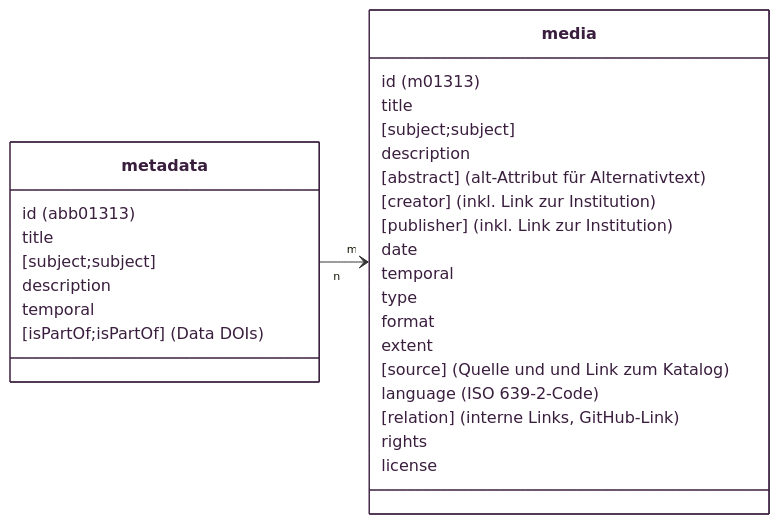
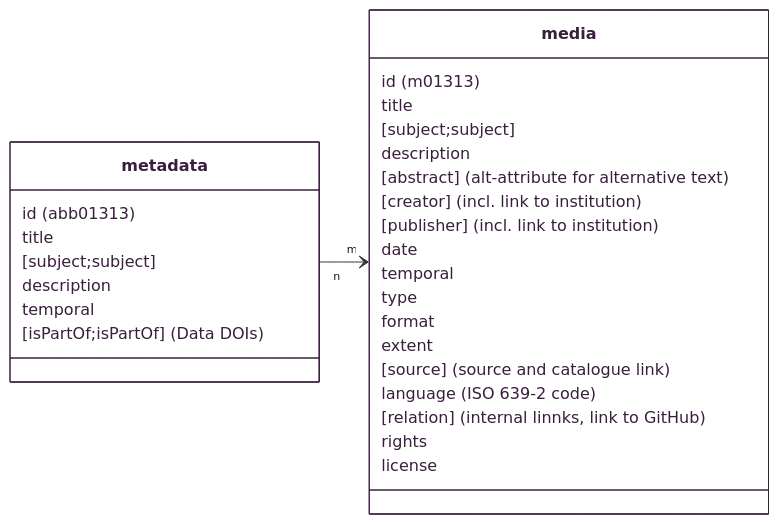
Before and after one commit to Stadt-Geschichte-Basel/forschung.stadtgeschichtebasel.ch: the diagram in README.md, drawn with Mermaid. The commit also changed other lines of this file, not shown here.

Commit message:
fix: use English language in mermaid chart

````diff
--- a/README.md
+++ b/README.md
@@ -56,34 +56,34 @@
 ```mermaid
     classDiagram
     direction LR
         class metadata {
             id &lpar;abb01313&rpar;
             title
             [subject;subject]
             description
             temporal
             [isPartOf;isPartOf] &lpar;Data DOIs&rpar;
         }
         class media {
             id &lpar;m01313&rpar;
             title
             [subject;subject]
             description
-            [abstract] &lpar;alt-Attribut für Alternativtext&rpar;
-            [creator] &lpar;inkl. Link zur Institution&rpar;
-            [publisher] &lpar;inkl. Link zur Institution&rpar;
+            [abstract] &lpar;alt-attribute for alternative text&rpar;
+            [creator] &lpar;incl. link to institution&rpar;
+            [publisher] &lpar;incl. link to institution&rpar;
             date
             temporal
             type
             format
             extent
-            [source] &lpar;Quelle und und Link zum Katalog&rpar;
-            language &lpar;ISO 639-2-Code&rpar;
-            [relation] &lpar;interne Links, GitHub-Link&rpar;
+            [source] &lpar;source and catalogue link&rpar;
+            language &lpar;ISO 639-2 code&rpar;
+            [relation] &lpar;internal linnks, link to GitHub&rpar;
             rights
             license
         }
     metadata "n" --> "m" media
     style metadata stroke:#3a1e3e,fill:#fff,color:#3a1e3e
     style media stroke:#3a1e3e,fill:#fff,color:#3a1e3e
 ```
````
